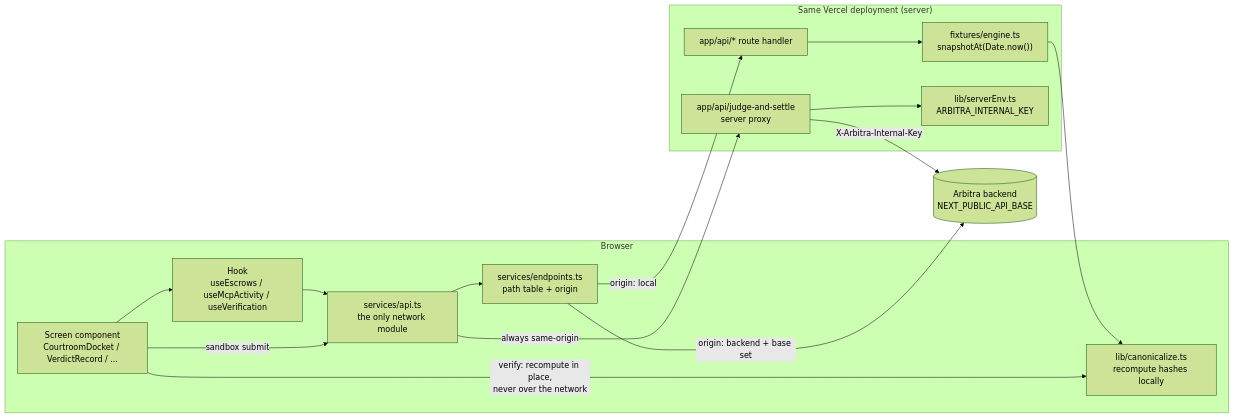
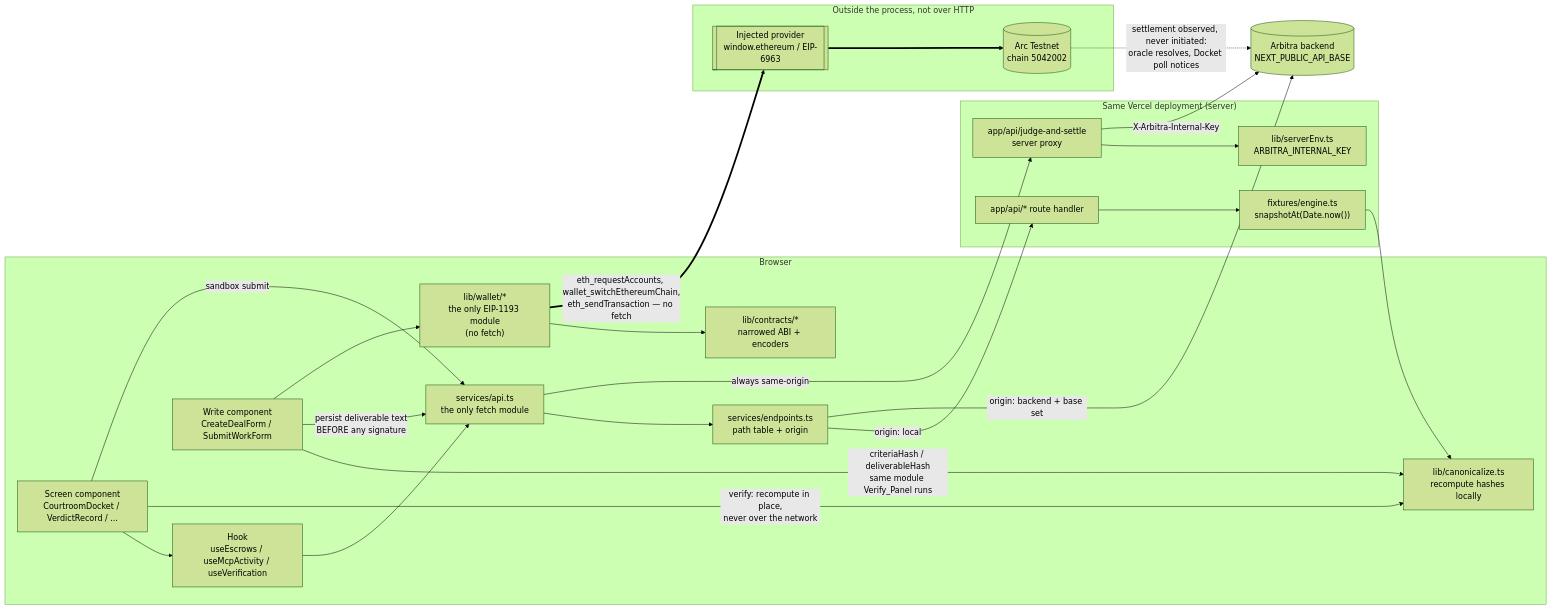
One commit to Ali-Adel-Nour/Arbitera changed the first of 2 diagrams in .kiro/specs/arbitra-frontend/design.md. Above: the diagram before and after it, drawn with Mermaid (forest theme). The commit also changed other lines of this file and 3 other files, not shown here.

````diff
--- a/.kiro/specs/arbitra-frontend/design.md
+++ b/.kiro/specs/arbitra-frontend/design.md
@@ -121,32 +158,48 @@
 ```mermaid
 flowchart LR
   subgraph client["Browser"]
     C["Screen component<br/>CourtroomDocket / VerdictRecord / ..."]
     H["Hook<br/>useEscrows / useMcpActivity / useVerification"]
     CA["lib/canonicalize.ts<br/>recompute hashes locally"]
-    A["services/api.ts<br/>the only network module"]
+    A["services/api.ts<br/>the only fetch module"]
     T["services/endpoints.ts<br/>path table + origin"]
+    W["Write component<br/>CreateDealForm / SubmitWorkForm"]
+    WL["lib/wallet/*<br/>the only EIP-1193 module<br/>(no fetch)"]
+    CT["lib/contracts/*<br/>narrowed ABI + encoders"]
   end
 
   subgraph deployment["Same Vercel deployment (server)"]
     M["app/api/* route handler"]
     FE["fixtures/engine.ts<br/>snapshotAt(Date.now())"]
     P["app/api/judge-and-settle<br/>server proxy"]
     SE["lib/serverEnv.ts<br/>ARBITRA_INTERNAL_KEY"]
   end
 
   B[("Arbitra backend<br/>NEXT_PUBLIC_API_BASE")]
+
+  subgraph wallet["Outside the process, not over HTTP"]
+    IP[["Injected provider<br/>window.ethereum / EIP-6963"]]
+    CH[("Arc Testnet<br/>chain 5042002")]
+  end
 
   C --> H
   H --> A
   A --> T
   T -->|"origin: local"| M
   T -->|"origin: backend + base set"| B
   M --> FE
   FE --> CA
   C -->|"verify: recompute in place,<br/>never over the network"| CA
   C -->|"sandbox submit"| A
   A -->|"always same-origin"| P
   P --> SE
   P -->|"X-Arbitra-Internal-Key"| B
+
+  W -->|"criteriaHash / deliverableHash<br/>same module Verify_Panel runs"| CA
+  W -->|"persist deliverable text<br/>BEFORE any signature"| A
+  W --> WL
+  WL --> CT
+  WL ==>|"eth_requestAccounts, wallet_switchEthereumChain,<br/>eth_sendTransaction — no fetch"| IP
+  IP ==> CH
+  CH -.->|"settlement observed, never initiated:<br/>oracle resolves, Docket poll notices"| B
 ```
````
